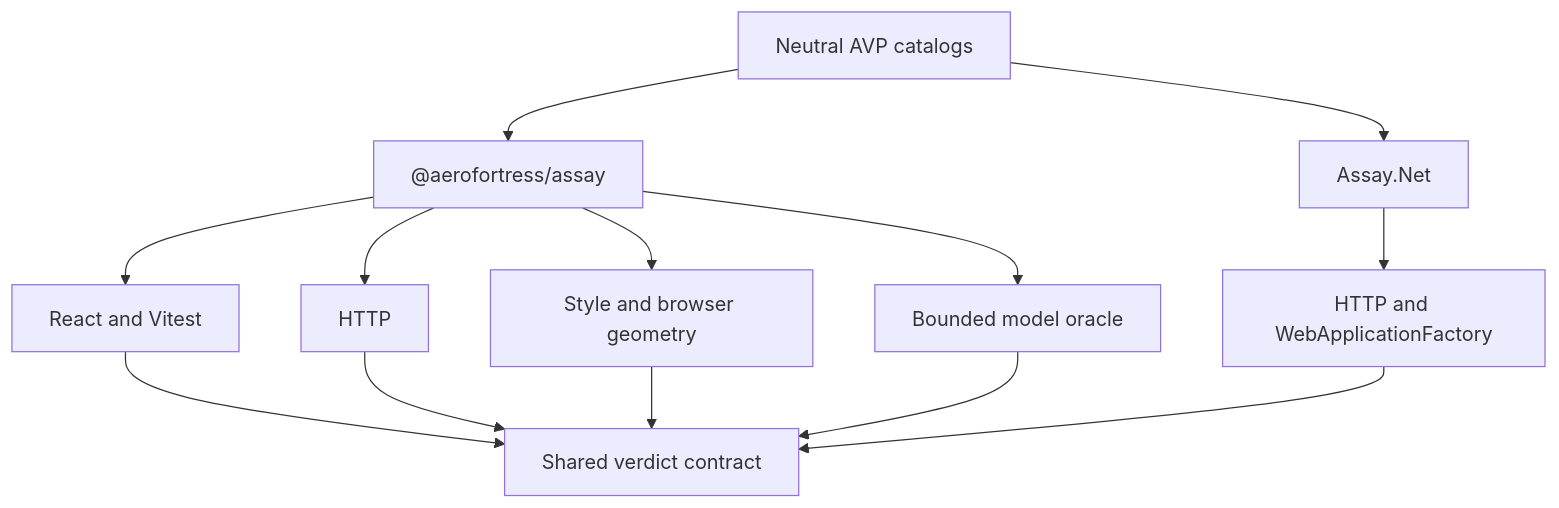
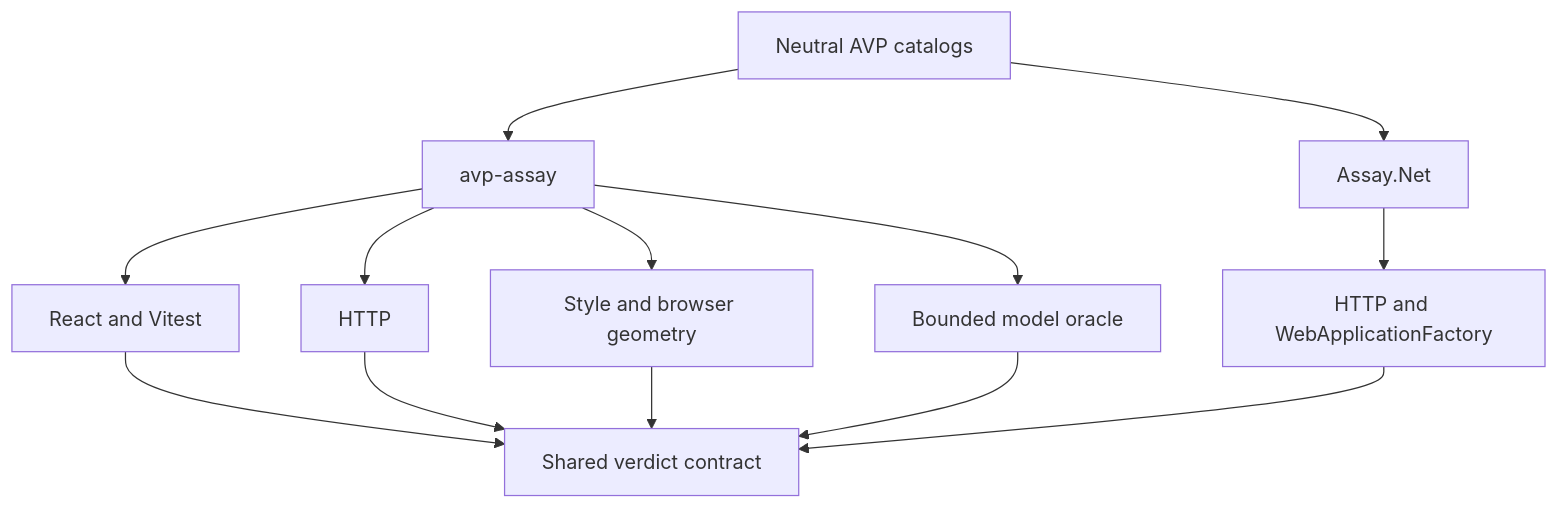
Before and after one commit to lucasrgt/acceptance-verification-protocol: the second of 2 diagrams in README.md, drawn with Mermaid. The commit also changed other lines of this file and 34 other files, not shown here.

````diff
--- a/README.md
+++ b/README.md
@@ -343,18 +343,18 @@
 ```mermaid
 flowchart TB
-    CATALOG["Neutral AVP catalogs"] --> JS["@aerofortress/assay"]
+    CATALOG["Neutral AVP catalogs"] --> JS["avp-assay"]
     CATALOG --> DOTNET["Assay.Net"]
 
     JS --> REACT["React and Vitest"]
     JS --> HTTPJS["HTTP"]
     JS --> DESIGN["Style and browser geometry"]
     JS --> MODEL["Bounded model oracle"]
 
     DOTNET --> HTTPNET["HTTP and WebApplicationFactory"]
 
     REACT --> RESULT["Shared verdict contract"]
     HTTPJS --> RESULT
     DESIGN --> RESULT
     MODEL --> RESULT
     HTTPNET --> RESULT
 ```
````
